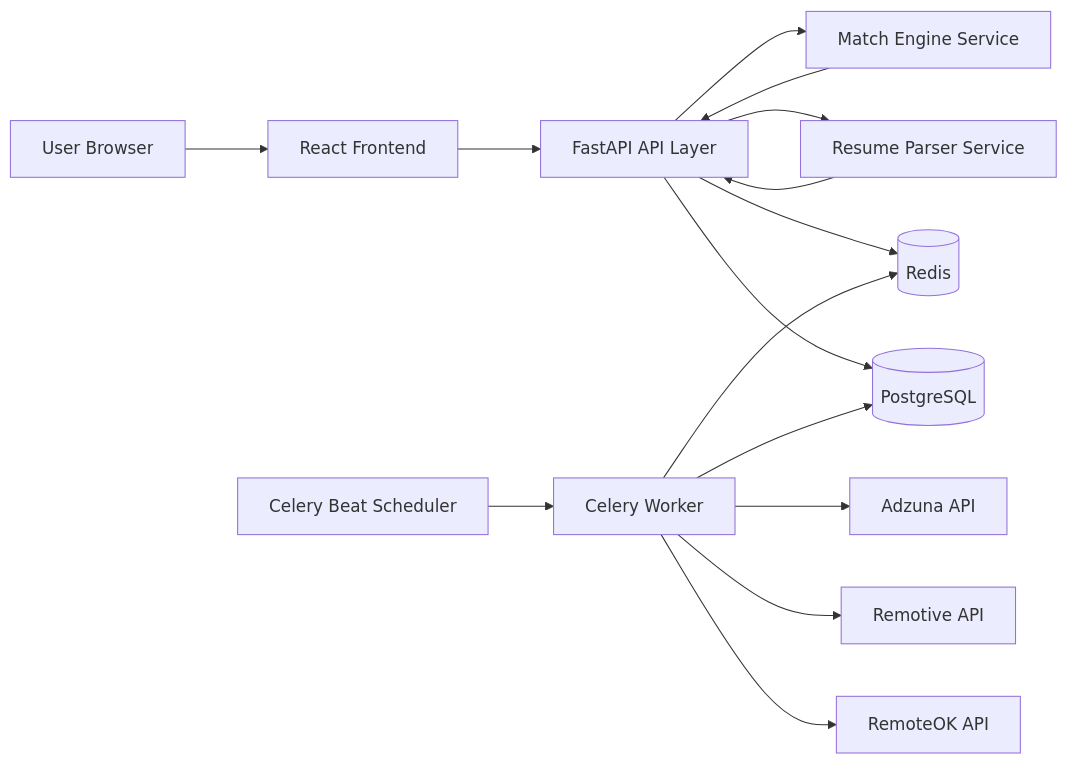
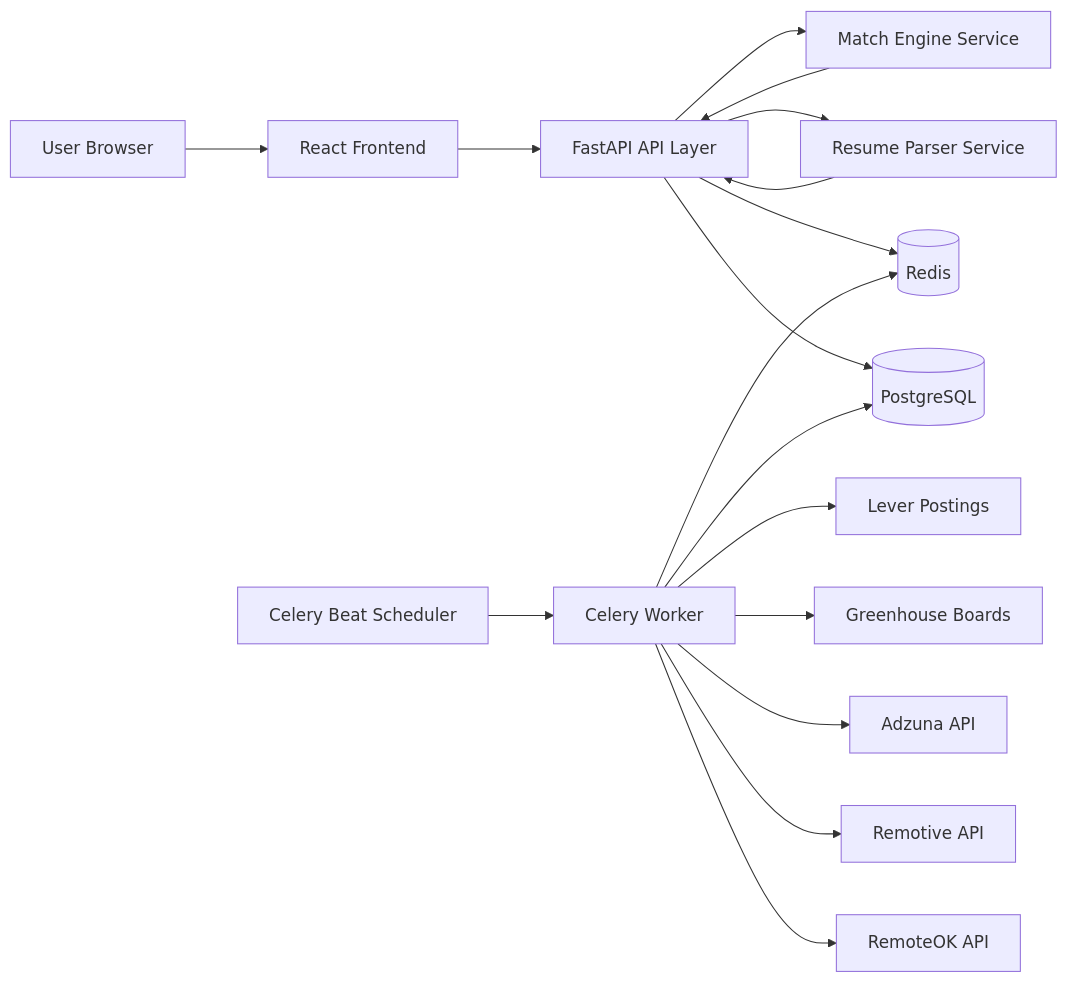
The diagram in README.md (nishant2-1/Real-Time-Job-Board-Aggregator-with-Skill-Match-Engine), drawn with Mermaid before and after one commit. The commit also changed other lines of this file and 26 other files, not shown here.

````diff
--- a/README.md
+++ b/README.md
@@ -81,21 +84,23 @@
 ```mermaid
 flowchart LR
   U[User Browser] --> FE[React Frontend]
   FE --> API[FastAPI API Layer]
 
   API --> PG[(PostgreSQL)]
   API --> RD[(Redis)]
 
   CB[Celery Beat Scheduler] --> CW[Celery Worker]
   CW --> ROK[RemoteOK API]
   CW --> REM[Remotive API]
   CW --> ADZ[Adzuna API]
+  CW --> GHS[Greenhouse Boards]
+  CW --> LVR[Lever Postings]
 
   CW --> PG
   CW --> RD
 
   API --> RS[Resume Parser Service]
   API --> MM[Match Engine Service]
   RS --> API
   MM --> API
 ```
````
